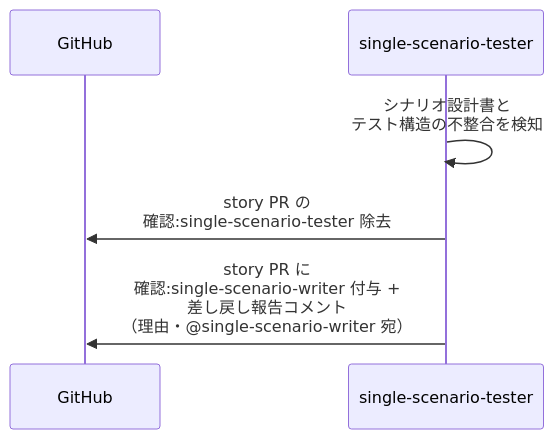
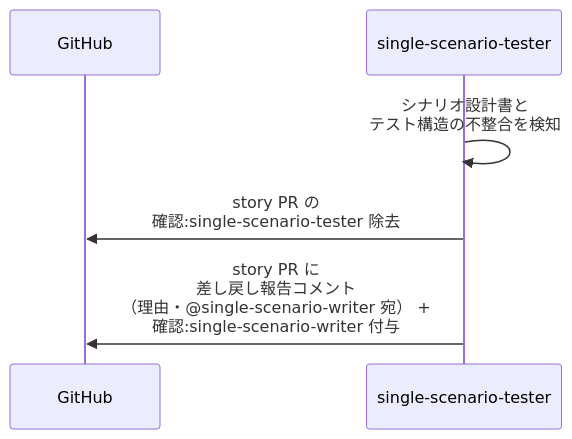
Before and after one commit to shuhei1101/ai-monitor: the second of 2 diagrams in docs/wiki/設計図/シナリオ/単一ユースケース/統合テスト実装.md, drawn with Mermaid. The commit also changed other lines of this file and 29 other files, not shown here.

````diff
--- a/docs/wiki/設計図/シナリオ/単一ユースケース/統合テスト実装.md
+++ b/docs/wiki/設計図/シナリオ/単一ユースケース/統合テスト実装.md
@@ -83,9 +83,9 @@
 ```mermaid
 sequenceDiagram
   participant GH as GitHub
   participant MON as single-scenario-tester
 
   MON->>MON: シナリオ設計書と<br>テスト構造の不整合を検知
   MON->>GH: story PR の<br>確認:single-scenario-tester 除去
-  MON->>GH: story PR に<br>確認:single-scenario-writer 付与 +<br>差し戻し報告コメント<br>（理由・@single-scenario-writer 宛）
+  MON->>GH: story PR に<br>差し戻し報告コメント<br>（理由・@single-scenario-writer 宛） +<br>確認:single-scenario-writer 付与
 ```
````
